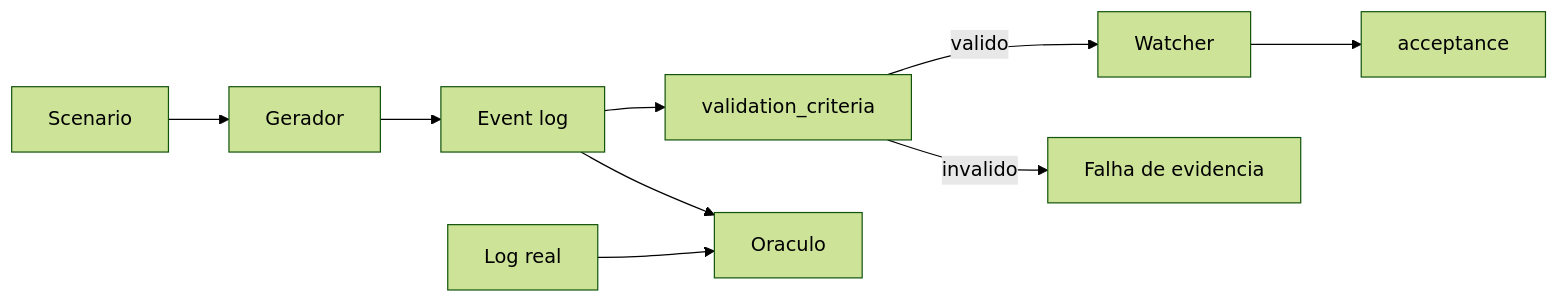
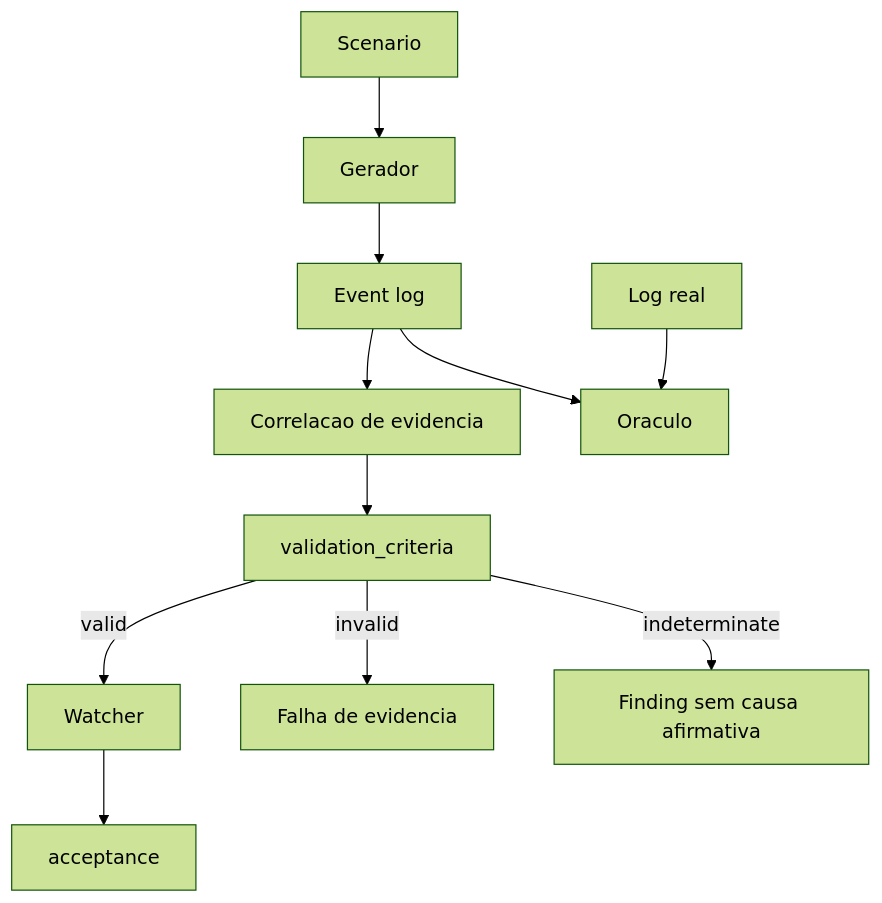
Before and after one commit to luanmorenommaciel/apex: the first of 2 diagrams in docs/specs/scenario-validation-criteria-v1.md, drawn with Mermaid (forest theme). The commit also changed other lines of this file and 15 other files, not shown here.

````diff
--- a/docs/specs/scenario-validation-criteria-v1.md
+++ b/docs/specs/scenario-validation-criteria-v1.md
@@ -33,11 +56,13 @@
 ```mermaid
-flowchart LR
+flowchart TD
     S["Scenario"] --> G["Gerador"]
     G --> L["Event log"]
-    L --> V["validation_criteria"]
-    V -->|"valido"| W["Watcher"]
-    V -->|"invalido"| F["Falha de evidencia"]
+    L --> C["Correlacao de evidencia"]
+    C --> V["validation_criteria"]
+    V -->|"valid"| W["Watcher"]
+    V -->|"invalid"| F["Falha de evidencia"]
+    V -->|"indeterminate"| I["Finding sem causa afirmativa"]
     W --> A["acceptance"]
     L --> O["Oraculo"]
     R["Log real"] --> O
 ```
````
